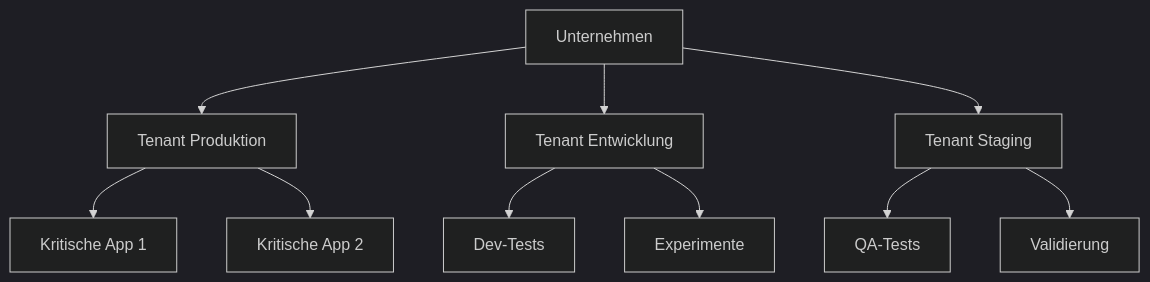
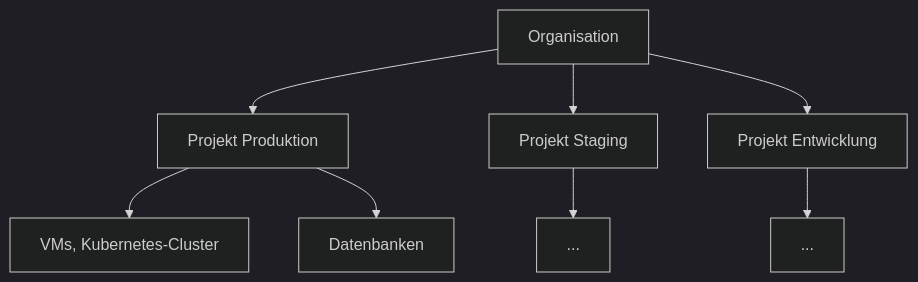
One commit to HidoraSwiss/hikube-public-doc changed the diagram in i18n/de/docusaurus-plugin-content-docs/current/getting-started/concepts.md. Above: the diagram before and after it, drawn with Mermaid (dark theme). The commit also changed other lines of this file and 148 other files, not shown here.

````diff
--- a/i18n/de/docusaurus-plugin-content-docs/current/getting-started/concepts.md
+++ b/i18n/de/docusaurus-plugin-content-docs/current/getting-started/concepts.md
@@ -22,15 +28,11 @@
 ```mermaid
 graph TB
-    A[Unternehmen] --> B[Tenant Produktion]
-    A --> C[Tenant Entwicklung]
-    A --> D[Tenant Staging]
+    O[Organisation] --> P1[Projekt Produktion]
+    O --> P2[Projekt Staging]
+    O --> P3[Projekt Entwicklung]
 
-    B --> E[Kritische App 1]
-    B --> F[Kritische App 2]
-
-    C --> G[Dev-Tests]
-    C --> H[Experimente]
-
-    D --> I[QA-Tests]
-    D --> J[Validierung]
+    P1 --> R1[VMs, Kubernetes-Cluster]
+    P1 --> R2[Datenbanken]
+    P2 --> R3[...]
+    P3 --> R4[...]
 ```
````
